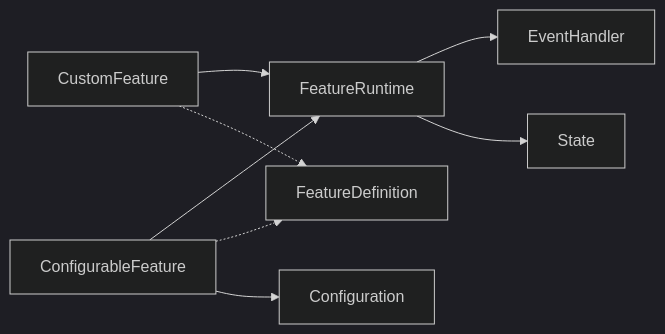
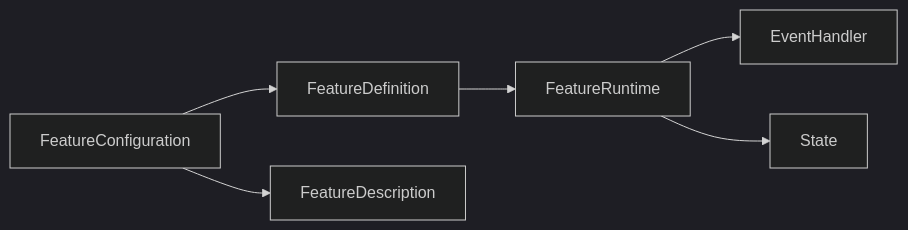
One commit to delphes99/pythie-bot changed the first of 2 diagrams in documentation/feature.md. Above: the diagram before and after it, drawn with Mermaid (dark theme). The commit also changed other lines of this file and 19 other files, not shown here.

Commit message:
Bot-core : Feature description

````diff
--- a/documentation/feature.md
+++ b/documentation/feature.md
@@ -4,10 +4,8 @@
 ```mermaid
 flowchart LR
-    ConfigurableFeature --> FeatureRuntime
-    CustomFeature --> FeatureRuntime
+    FeatureDefinition --> FeatureRuntime
     FeatureRuntime --> EventHandler
     FeatureRuntime --> State
-    CustomFeature -.-> FeatureDefinition
-    ConfigurableFeature -.-> FeatureDefinition
-    ConfigurableFeature --> Configuration
+    FeatureConfiguration --> FeatureDefinition
+    FeatureConfiguration --> FeatureDescription
 ```
````
